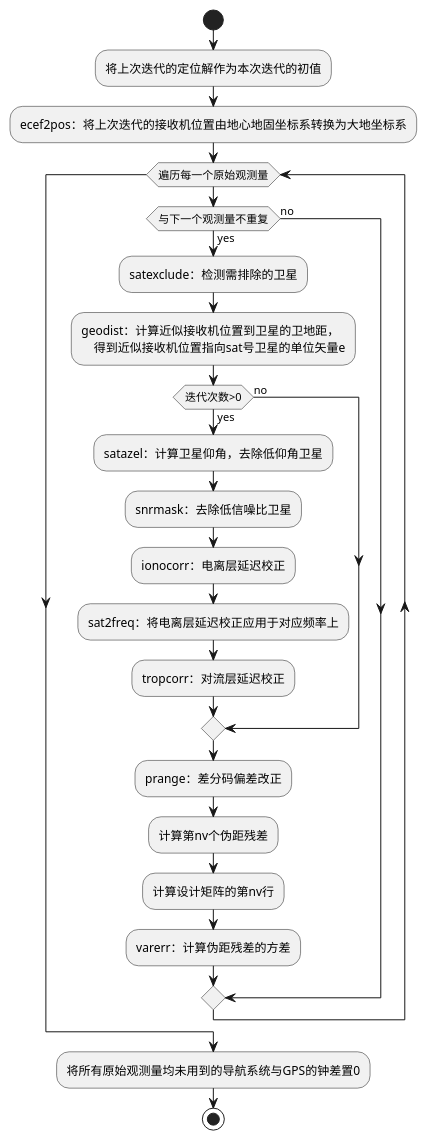
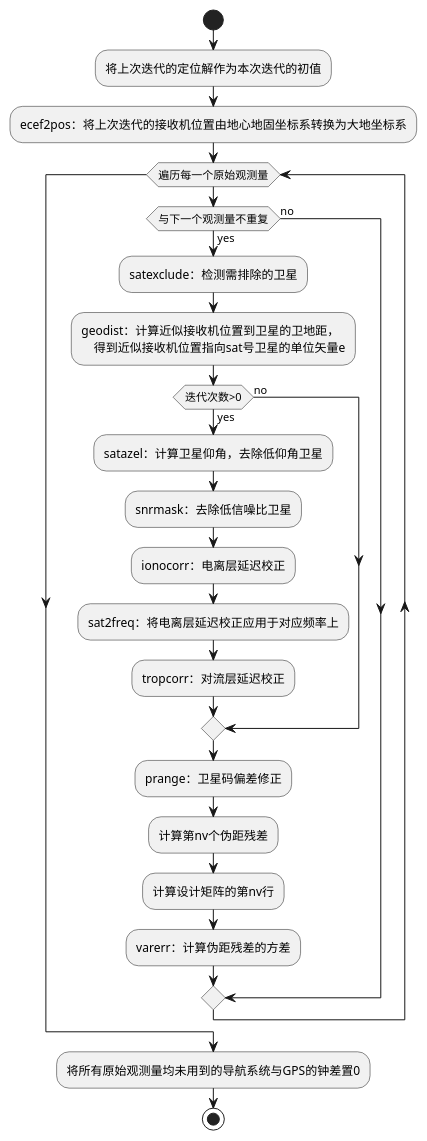
One commit to iGNSS/RTKLIB-trimmed changed the third of 3 diagrams in notes/pntpos.md. Above: the diagram before and after it, drawn with PlantUML. The commit also changed other lines of this file and 1 other file, not shown here.

Commit message:
新增差分码偏差改正的资料

````diff
--- a/notes/pntpos.md
+++ b/notes/pntpos.md
@@ -80,36 +80,36 @@
 ```plantuml
 @startuml
 start
 
 :将上次迭代的定位解作为本次迭代的初值;
 :ecef2pos：将上次迭代的接收机位置由地心地固坐标系转换为大地坐标系;
 
 while (遍历每一个原始观测量)
 
     if (与下一个观测量不重复) then (yes)
     :satexclude：检测需排除的卫星;
     :geodist：计算近似接收机位置到卫星的卫地距，
         得到近似接收机位置指向sat号卫星的单位矢量e;
 
     if (迭代次数>0) then (yes)
         :satazel：计算卫星仰角，去除低仰角卫星;
         :snrmask：去除低信噪比卫星;
         :ionocorr：电离层延迟校正;
         :sat2freq：将电离层延迟校正应用于对应频率上;
         :tropcorr：对流层延迟校正;
     else (no)
     endif
 
-    :prange：差分码偏差改正;
+    :prange：卫星码偏差修正;
     :计算第nv个伪距残差;
     :计算设计矩阵的第nv行;
     :varerr：计算伪距残差的方差;
     else (no)
     endif
 endwhile
 
 :将所有原始观测量均未用到的导航系统与GPS的钟差置0;
 
 stop
 @enduml
 ```
````
